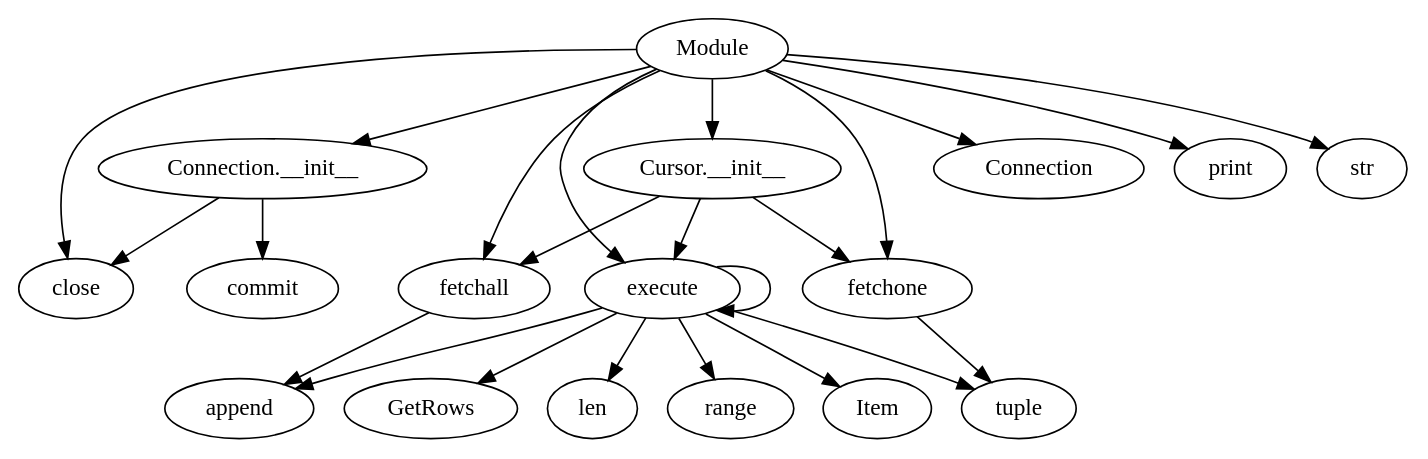
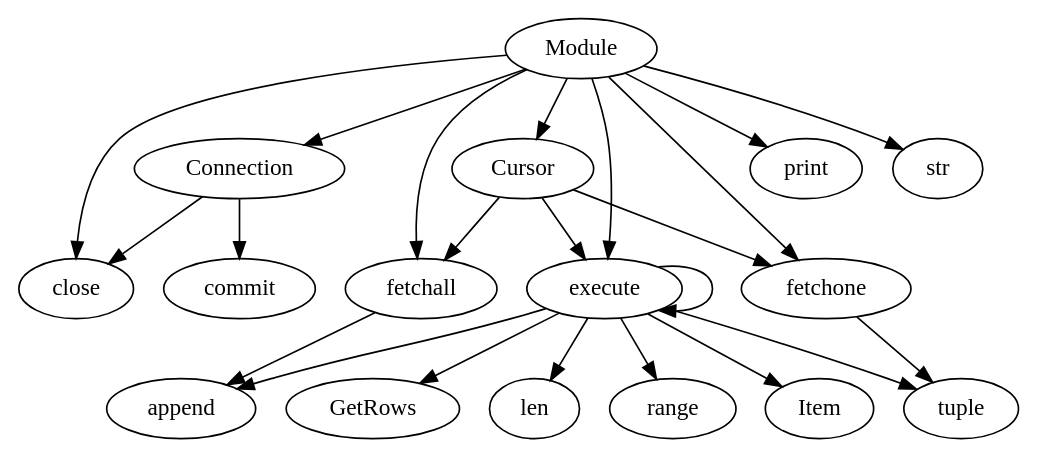
Before and after one commit to JordanCoyne97/Final_Year_Project: the diagram in CallGraph_dots/ADODatabase.dot, drawn with Graphviz. The commit also changed 79 other files, not shown here.

```diff
--- a/CallGraph_dots/ADODatabase.dot
+++ b/CallGraph_dots/ADODatabase.dot
@@ -1,42 +1,40 @@
 digraph  {
 commit;
 close;
 execute;
 range;
 append;
 Item;
 GetRows;
 len;
 tuple;
 fetchall;
 fetchone;
 Module;
-"Connection.__init__";
-"Cursor.__init__";
 Connection;
+Cursor;
 print;
 str;
 execute -> execute;
 execute -> range;
 execute -> append;
 execute -> Item;
 execute -> GetRows;
 execute -> len;
 execute -> tuple;
 fetchall -> append;
 fetchone -> tuple;
-Module -> "Connection.__init__";
-Module -> "Cursor.__init__";
 Module -> Connection;
+Module -> Cursor;
 Module -> print;
 Module -> execute;
 Module -> str;
 Module -> fetchall;
 Module -> fetchone;
 Module -> close;
-"Connection.__init__" -> commit;
-"Connection.__init__" -> close;
-"Cursor.__init__" -> execute;
-"Cursor.__init__" -> fetchall;
-"Cursor.__init__" -> fetchone;
+Connection -> commit;
+Connection -> close;
+Cursor -> execute;
+Cursor -> fetchall;
+Cursor -> fetchone;
 }
```
